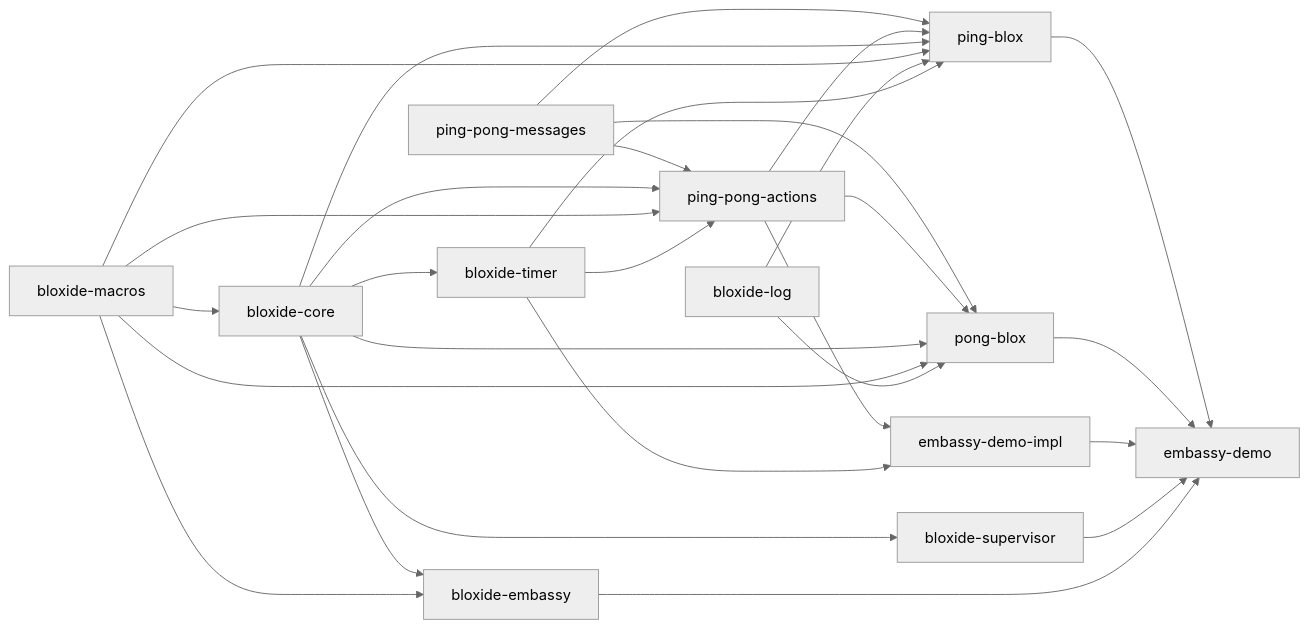
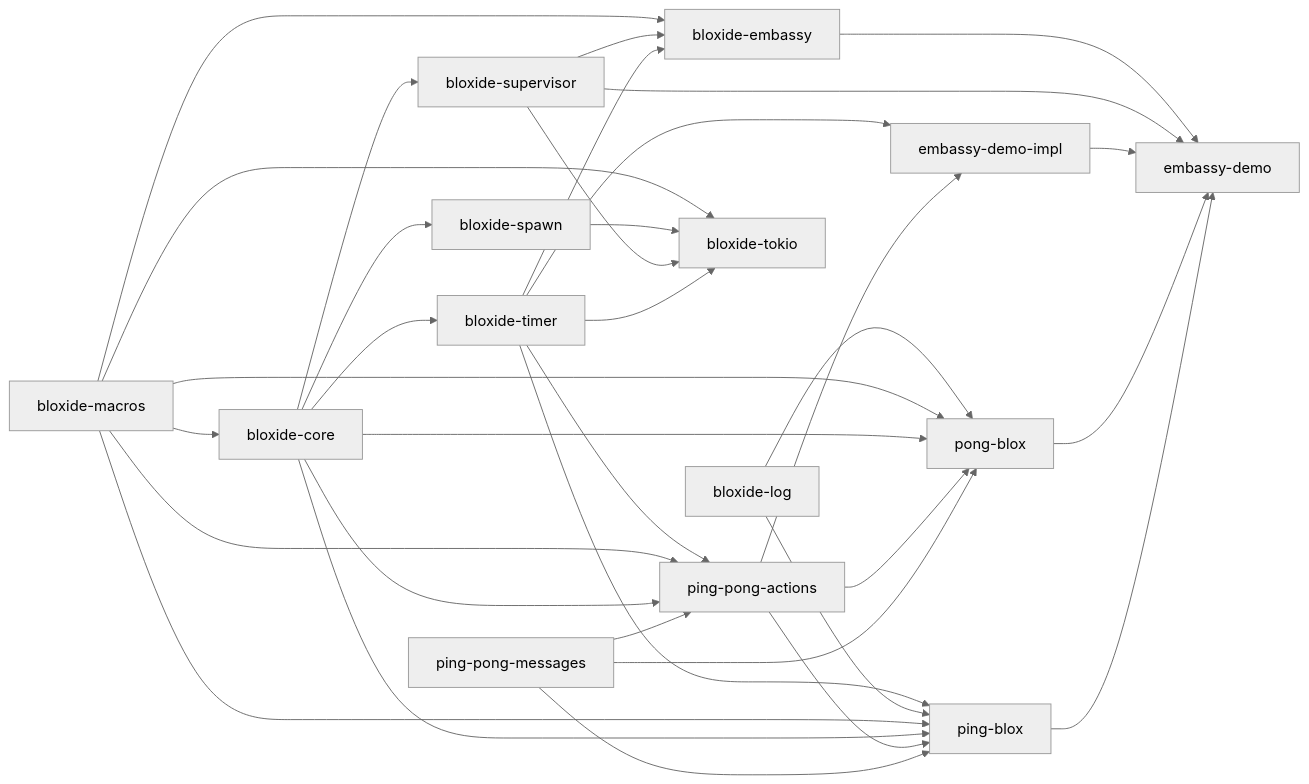
The second of 2 diagrams in spec/architecture/01-system-architecture.md (bloxide-com/bloxide), drawn with Mermaid (neutral theme) before and after one commit. The commit also changed other lines of this file and 215 other files, not shown here.

````diff
--- a/spec/architecture/01-system-architecture.md
+++ b/spec/architecture/01-system-architecture.md
@@ -57,48 +62,56 @@
 ```mermaid
 flowchart LR
     ppMsg[ping-pong-messages]
     ppActions[ping-pong-actions]
     ping[ping-blox]
     pong[pong-blox]
     demoImpl[embassy-demo-impl]
     core[bloxide-core]
     macros[bloxide-macros]
     log[bloxide-log]
     timer[bloxide-timer]
     supervisor[bloxide-supervisor]
+    spawn[bloxide-spawn]
     embassy[bloxide-embassy]
+    tokio[bloxide-tokio]
     demo[embassy-demo]
 
     macros --> core
     core --> timer
     core --> supervisor
-    core --> embassy
+    core --> spawn
+    timer --> embassy
+    timer --> tokio
+    supervisor --> embassy
+    supervisor --> tokio
+    spawn --> tokio
     macros --> embassy
+    macros --> tokio
 
     ppMsg --> ppActions
     core --> ppActions
     macros --> ppActions
     timer --> ppActions
 
     ppMsg --> ping
     ppActions --> ping
     core --> ping
     macros --> ping
     log --> ping
     timer --> ping
 
     ppMsg --> pong
     ppActions --> pong
     core --> pong
     macros --> pong
     log --> pong
 
     ppActions --> demoImpl
     timer --> demoImpl
 
     ping --> demo
     pong --> demo
     demoImpl --> demo
     supervisor --> demo
     embassy --> demo
 ```
````
